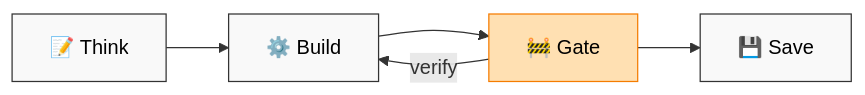
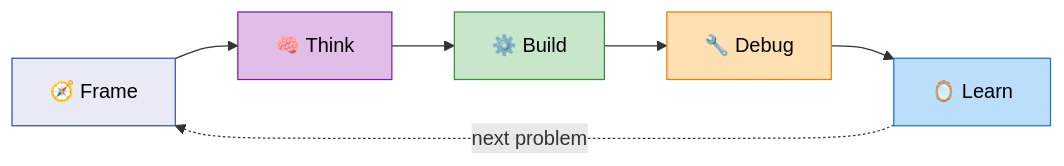
One commit to digital-stoic-org/agent-skills changed the diagram in README.md. Above: the diagram before and after it, drawn with Mermaid. The commit also changed other lines of this file and 4 other files, not shown here.

````diff
--- a/README.md
+++ b/README.md
@@ -37,11 +30,20 @@
 ```mermaid
 flowchart LR
-    P["📝 Think"] --> D["⚙️ Build"]
-    D --> G["🚧 Gate"]
-    G -->|"verify"| D
-    G --> S["💾 Save"]
+    F["🧭 Frame"] --> T["🧠 Think"]
+    T --> B["⚙️ Build"]
+    B --> D["🔧 Debug"]
+    D --> L["🪞 Learn"]
+    L -.->|"next problem"| F
 
-    classDef default fill:#f9f9f9,stroke:#333,color:#000
-    classDef gate fill:#FFE0B2,stroke:#F57C00,color:#000
-    class G gate
+    classDef frame fill:#E8EAF6,stroke:#3F51B5,color:#000
+    classDef think fill:#E1BEE7,stroke:#7B1FA2,color:#000
+    classDef build fill:#C8E6C9,stroke:#388E3C,color:#000
+    classDef debug fill:#FFE0B2,stroke:#F57C00,color:#000
+    classDef learn fill:#BBDEFB,stroke:#1976D2,color:#000
+
+    class F frame
+    class T think
+    class B build
+    class D debug
+    class L learn
 ```
````
